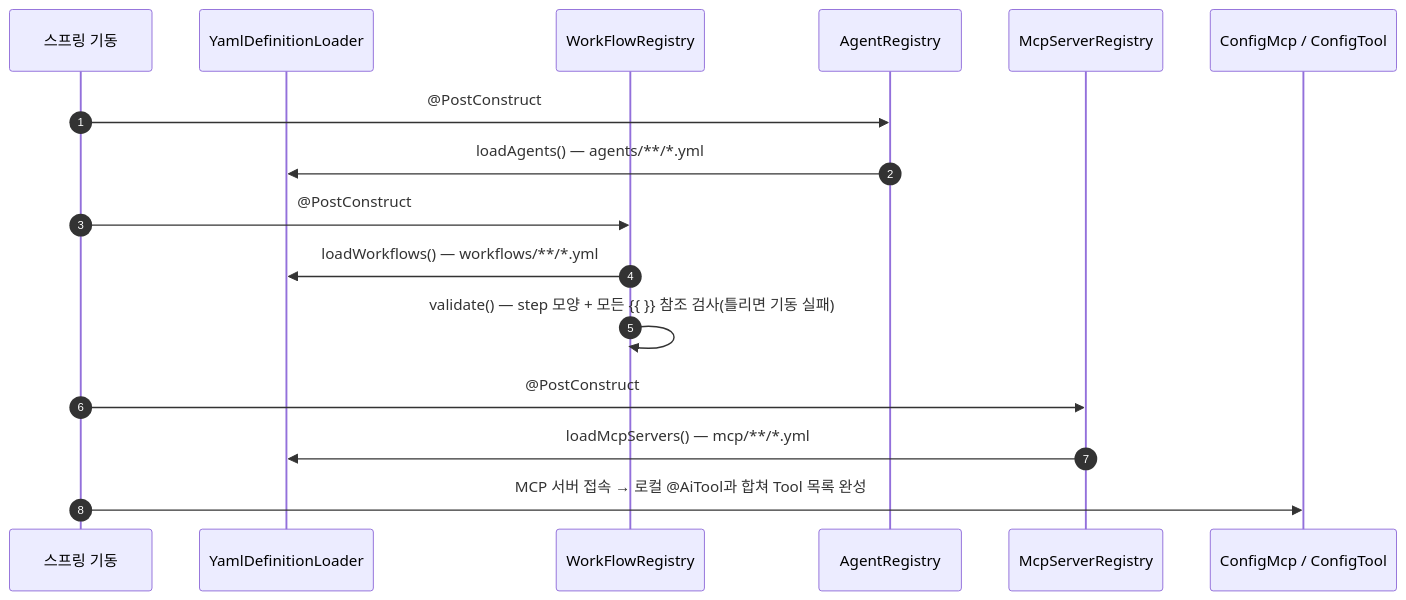
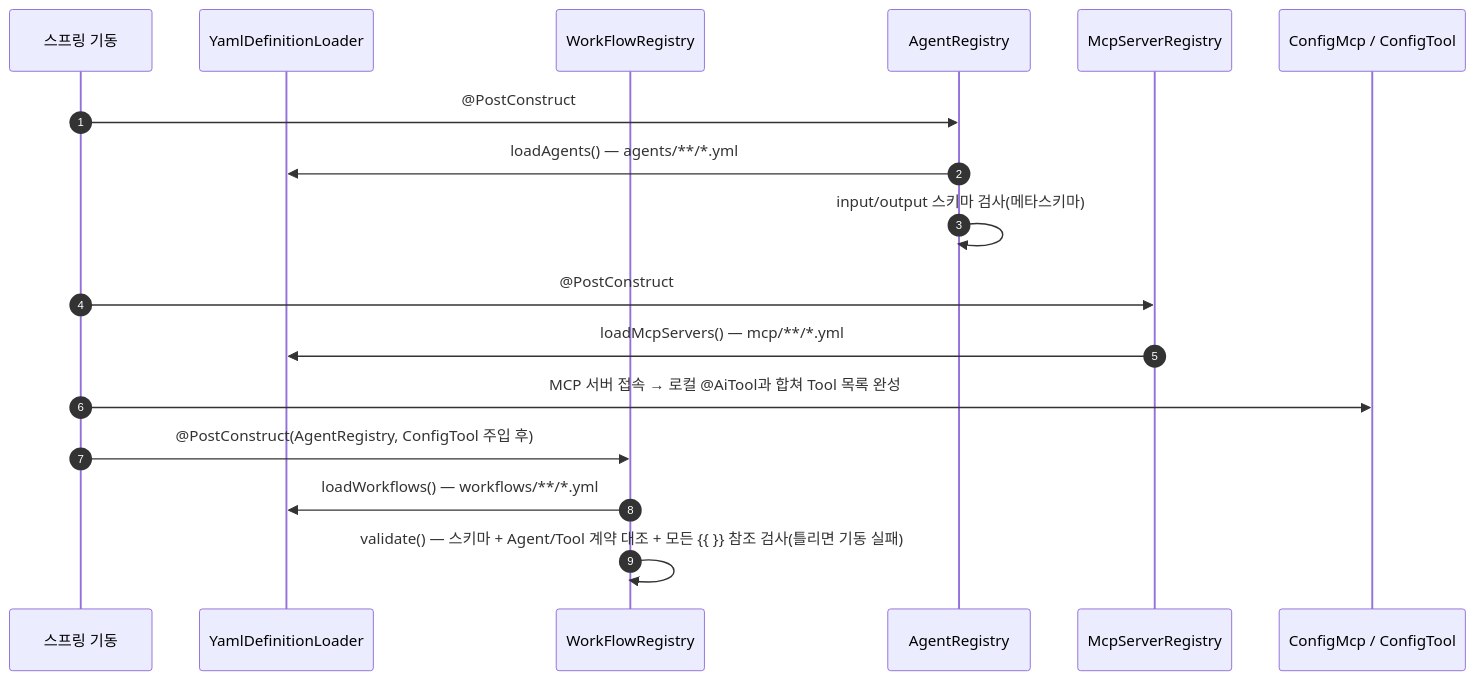
The second of 9 diagrams in docs/09.dstone-ai-engine.md (YongSoekChoeng/dstone), drawn with Mermaid before and after one commit. The commit also changed other lines of this file and 97 other files, not shown here.

````diff
--- a/docs/09.dstone-ai-engine.md
+++ b/docs/09.dstone-ai-engine.md
@@ -347,19 +357,20 @@
 ```mermaid
 sequenceDiagram
     autonumber
     participant APP as 스프링 기동
     participant LD as YamlDefinitionLoader
     participant WR as WorkFlowRegistry
     participant AR as AgentRegistry
     participant MR as McpServerRegistry
     participant MC as ConfigMcp / ConfigTool
 
     APP->>AR: @PostConstruct
     AR->>LD: loadAgents() — agents/**/*.yml
-    APP->>WR: @PostConstruct
-    WR->>LD: loadWorkflows() — workflows/**/*.yml
-    WR->>WR: validate() — step 모양 + 모든 {{ }} 참조 검사(틀리면 기동 실패)
+    AR->>AR: input/output 스키마 검사(메타스키마)
     APP->>MR: @PostConstruct
     MR->>LD: loadMcpServers() — mcp/**/*.yml
     APP->>MC: MCP 서버 접속 → 로컬 @AiTool과 합쳐 Tool 목록 완성
+    APP->>WR: @PostConstruct(AgentRegistry, ConfigTool 주입 후)
+    WR->>LD: loadWorkflows() — workflows/**/*.yml
+    WR->>WR: validate() — 스키마 + Agent/Tool 계약 대조 + 모든 {{ }} 참조 검사(틀리면 기동 실패)
 ```
````
